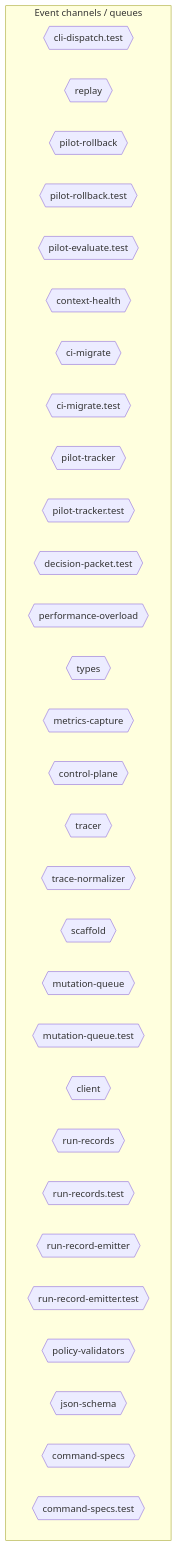
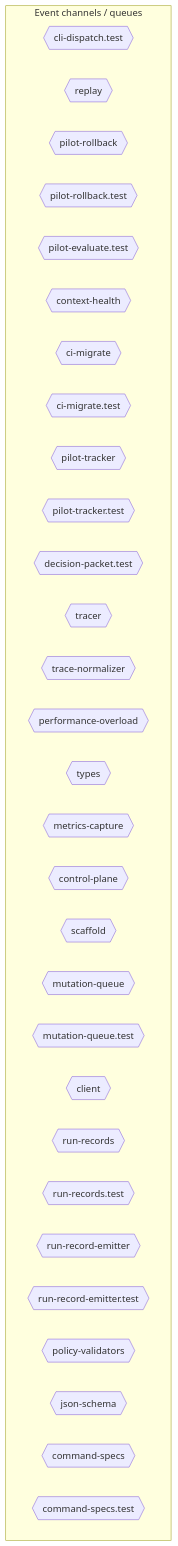
Before and after one commit to jscraik/coding-harness: the sixth of 10 diagrams in AI/context/diagram-context.md, drawn with Mermaid. The commit also changed other lines of this file, not shown here.

First line of the commit message:
chore(diagram): refresh context artifacts after pre-push gate

````diff
--- a/AI/context/diagram-context.md
+++ b/AI/context/diagram-context.md
@@ -1852,36 +1890,36 @@
 ```mermaid
 flowchart TD
   subgraph Channels["Event channels / queues"]
     cli_dispatch_test_54c9f17b{{"cli-dispatch.test"}}
     replay_ac203c98{{"replay"}}
     pilot_rollback_00c1f82c{{"pilot-rollback"}}
     pilot_rollback_test_e61d5a2b{{"pilot-rollback.test"}}
     pilot_evaluate_test_a2ac06fc{{"pilot-evaluate.test"}}
     context_health_80bb7da9{{"context-health"}}
     ci_migrate_78bb70b1{{"ci-migrate"}}
     ci_migrate_test_2a015bb9{{"ci-migrate.test"}}
     pilot_tracker_5c767813{{"pilot-tracker"}}
     pilot_tracker_test_80398a66{{"pilot-tracker.test"}}
     decision_packet_test_9ea0e97b{{"decision-packet.test"}}
+    tracer_1e6243a2{{"tracer"}}
+    trace_normalizer_cb1be1d2{{"trace-normalizer"}}
     performance_overload_c685bfcf{{"performance-overload"}}
     types_9_1db4641f{{"types"}}
     metrics_capture_1d1a2c08{{"metrics-capture"}}
     control_plane_96826665{{"control-plane"}}
-    tracer_1e6243a2{{"tracer"}}
-    trace_normalizer_cb1be1d2{{"trace-normalizer"}}
     scaffold_db8a7260{{"scaffold"}}
     mutation_queue_ce5a530e{{"mutation-queue"}}
     mutation_queue_test_10b599e8{{"mutation-queue.test"}}
     client_1_914e1681{{"client"}}
     run_records_f616aa7c{{"run-records"}}
     run_records_test_3ee6a0e3{{"run-records.test"}}
     run_record_emitter_00168a3a{{"run-record-emitter"}}
     run_record_emitter_test_5475c0da{{"run-record-emitter.test"}}
     policy_validators_6682e192{{"policy-validators"}}
     json_schema_74a768d7{{"json-schema"}}
     command_specs_69167c63{{"command-specs"}}
     command_specs_test_7f693e85{{"command-specs.test"}}
   end
   classDef eventNode fill:#db2777,color:#fff
 
 ```
````
